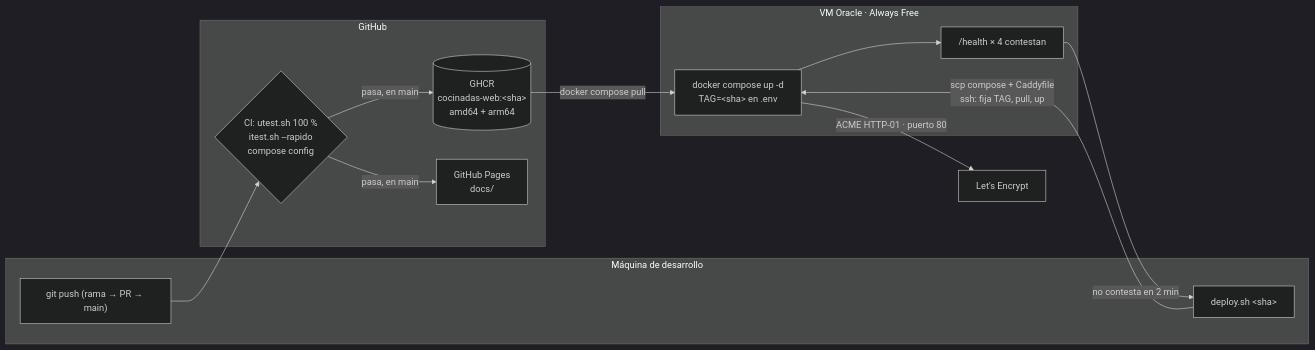
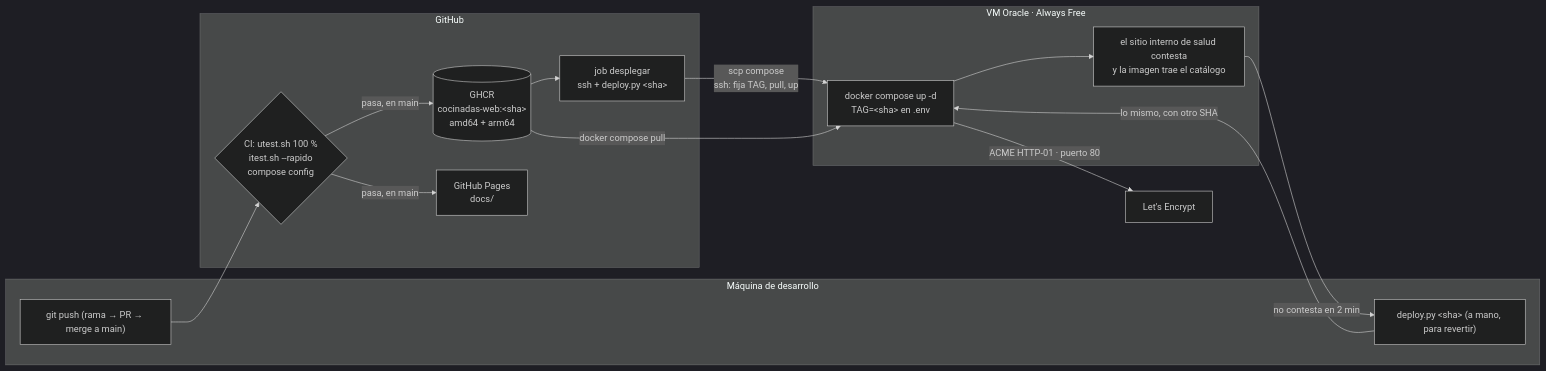
Before and after one commit to carlos-illobre/cocinadas: the diagram in docs/diagrams/despliegue.mmd, drawn with Mermaid (dark theme). The commit also changed 27 other files, not shown here.

```diff
--- a/docs/diagrams/despliegue.mmd
+++ b/docs/diagrams/despliegue.mmd
@@ -1,23 +1,26 @@
 flowchart LR
   subgraph dev["Máquina de desarrollo"]
-    push["git push (rama → PR → main)"]
-    deploy["deploy.sh &lt;sha&gt;"]
+    push["git push (rama → PR → merge a main)"]
+    manual["deploy.py &lt;sha&gt; (a mano, para revertir)"]
   end
   subgraph gh["GitHub"]
     ci{"CI: utest.sh 100 %<br/>itest.sh --rapido<br/>compose config"}
     ghcr[("GHCR<br/>cocinadas-web:&lt;sha&gt;<br/>amd64 + arm64")]
     pages["GitHub Pages<br/>docs/"]
+    deploy["job desplegar<br/>ssh + deploy.py &lt;sha&gt;"]
   end
   subgraph vm["VM Oracle · Always Free"]
     compose["docker compose up -d<br/>TAG=&lt;sha&gt; en .env"]
-    health["/health × 4 contestan"]
+    health["el sitio interno de salud contesta<br/>y la imagen trae el catálogo"]
   end
   le["Let's Encrypt"]
   push --> ci
   ci -- "pasa, en main" --> ghcr
   ci -- "pasa, en main" --> pages
-  deploy -- "scp compose + Caddyfile<br/>ssh: fija TAG, pull, up" --> compose
+  ghcr --> deploy
+  deploy -- "scp compose<br/>ssh: fija TAG, pull, up" --> compose
+  manual -- "lo mismo, con otro SHA" --> compose
   ghcr -- "docker compose pull" --> compose
   compose --> health
-  health -- "no contesta en 2 min" --> deploy
+  health -- "no contesta en 2 min" --> manual
   compose -- "ACME HTTP-01 · puerto 80" --> le
```
